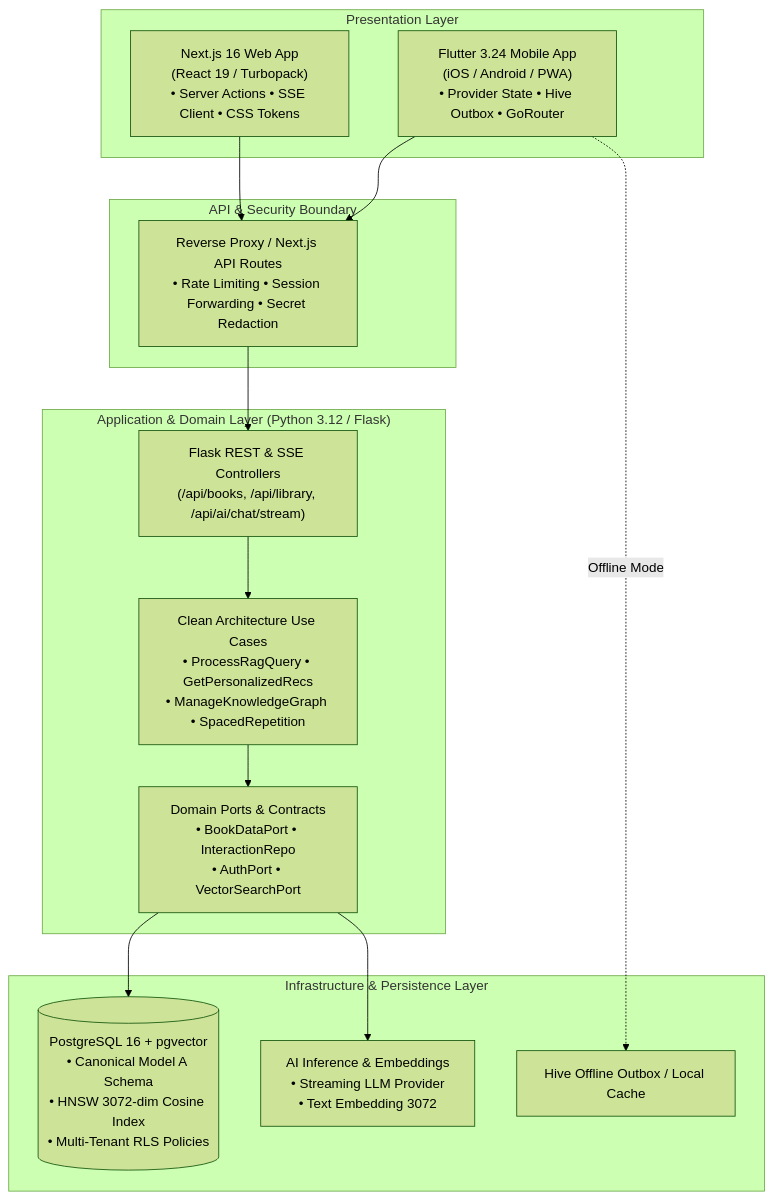
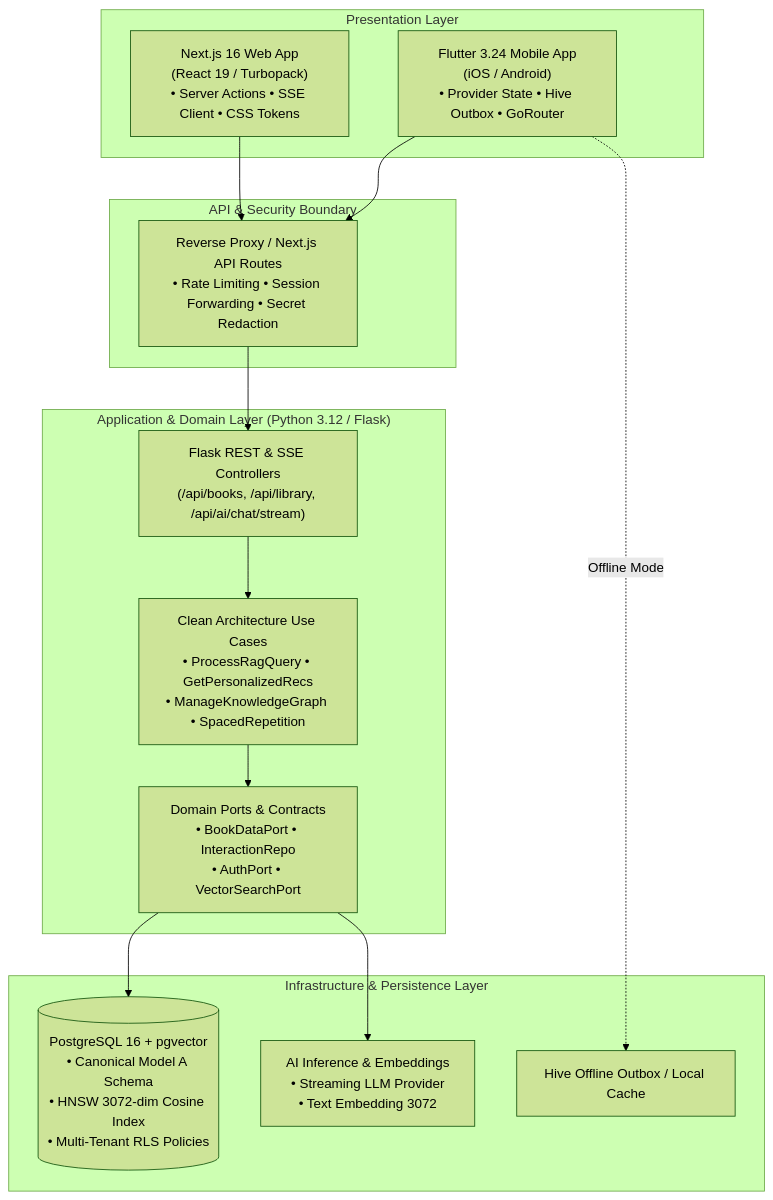
Before and after one commit to akifkeklik/book-ai-app: the diagram in README.md, drawn with Mermaid (forest theme). The commit also changed other lines of this file, not shown here.

````diff
--- a/README.md
+++ b/README.md
@@ -123,32 +123,32 @@
 ```mermaid
 flowchart TD
     subgraph Clients["Presentation Layer"]
-        Mobile["Flutter 3.24 Mobile App<br/>(iOS / Android / PWA)<br/>• Provider State • Hive Outbox • GoRouter"]
+        Mobile["Flutter 3.24 Mobile App<br/>(iOS / Android)<br/>• Provider State • Hive Outbox • GoRouter"]
         Web["Next.js 16 Web App<br/>(React 19 / Turbopack)<br/>• Server Actions • SSE Client • CSS Tokens"]
     end
 
     subgraph Gateway["API & Security Boundary"]
         ReverseProxy["Reverse Proxy / Next.js API Routes<br/>• Rate Limiting • Session Forwarding • Secret Redaction"]
     end
 
     subgraph Backend["Application & Domain Layer (Python 3.12 / Flask)"]
         Routes["Flask REST & SSE Controllers<br/>(/api/books, /api/library, /api/ai/chat/stream)"]
         UseCases["Clean Architecture Use Cases<br/>• ProcessRagQuery • GetPersonalizedRecs<br/>• ManageKnowledgeGraph • SpacedRepetition"]
         Ports["Domain Ports & Contracts<br/>• BookDataPort • InteractionRepo<br/>• AuthPort • VectorSearchPort"]
     end
 
     subgraph Data["Infrastructure & Persistence Layer"]
         PG[("PostgreSQL 16 + pgvector<br/>• Canonical Model A Schema<br/>• HNSW 3072-dim Cosine Index<br/>• Multi-Tenant RLS Policies")]
         LLM["AI Inference & Embeddings<br/>• Streaming LLM Provider<br/>• Text Embedding 3072"]
         LocalCache["Hive Offline Outbox / Local Cache"]
     end
 
     Mobile --> ReverseProxy
     Web --> ReverseProxy
     Mobile -.->|Offline Mode| LocalCache
     ReverseProxy --> Routes
     Routes --> UseCases
     UseCases --> Ports
     Ports --> PG
     Ports --> LLM
 ```
````
